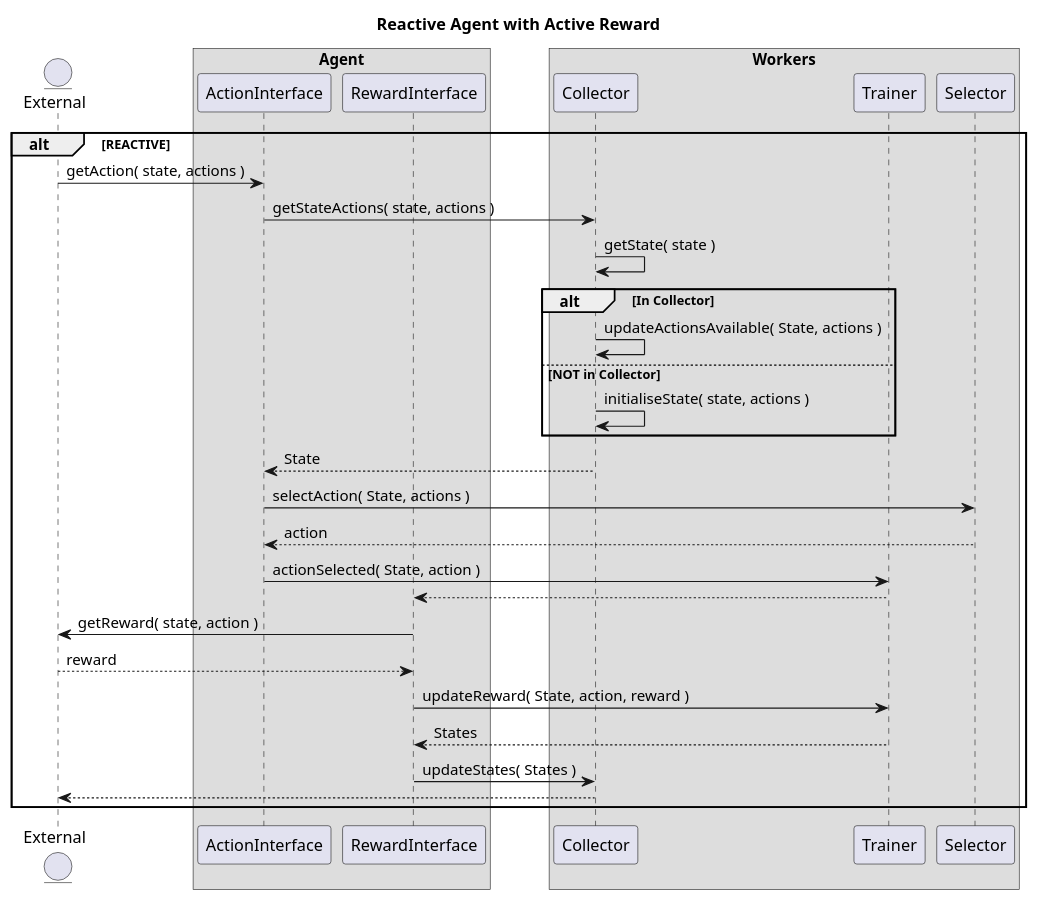
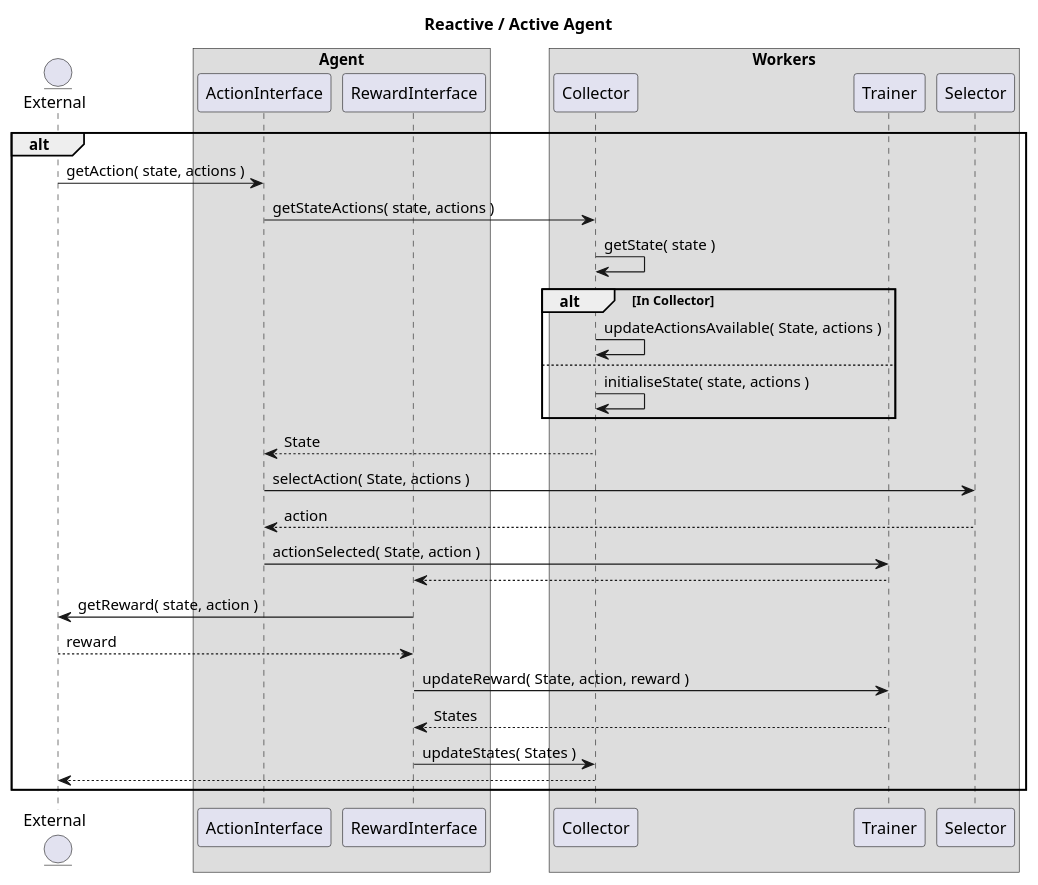
One commit to vhorta73/RL-Perl changed the diagram in Uml/SequenceDiagram/Agent RA.plantuml. Above: the diagram before and after it, drawn with PlantUML. The commit also changed 3 other files, not shown here.

```diff
--- a/Uml/SequenceDiagram/Agent RA.plantuml
+++ b/Uml/SequenceDiagram/Agent RA.plantuml
@@ -1,42 +1,42 @@
 @startuml
 
-title Reactive Agent with Active Reward
+title Reactive / Active Agent 
 
 entity External
 
 box "Agent"
   participant ActionInterface 
   participant RewardInterface 
 end box
 
 box "Workers"
   participant Collector
   participant Trainer
   participant Selector 
 end box
 
-alt REACTIVE
+alt 
   External          -> ActionInterface : getAction( state, actions )
   ActionInterface   -> Collector : getStateActions( state, actions )
   Collector         -> Collector : getState( state )
 
   alt In Collector
     Collector   -> Collector : updateActionsAvailable( State, actions )
-  else NOT in Collector
+  else 
     Collector   -> Collector : initialiseState( state, actions )
   end
 
   ActionInterface    <-- Collector : State
   ActionInterface     -> Selector  : selectAction( State, actions )
   ActionInterface    <-- Selector  : action
   ActionInterface     -> Trainer   : actionSelected( State, action )
   RewardInterface    <-- Trainer
   External            <- RewardInterface : getReward( state, action )
   External           --> RewardInterface : reward
   RewardInterface     -> Trainer   : updateReward( State, action, reward )
   RewardInterface    <-- Trainer   : States
   RewardInterface     -> Collector : updateStates( States )
   External           <-- Collector 
 end
 
 @enduml
```
